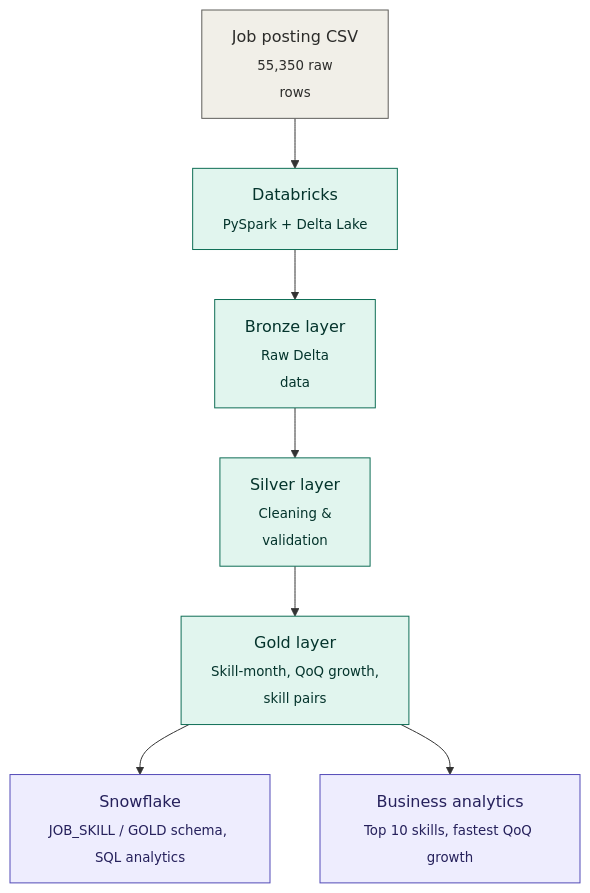
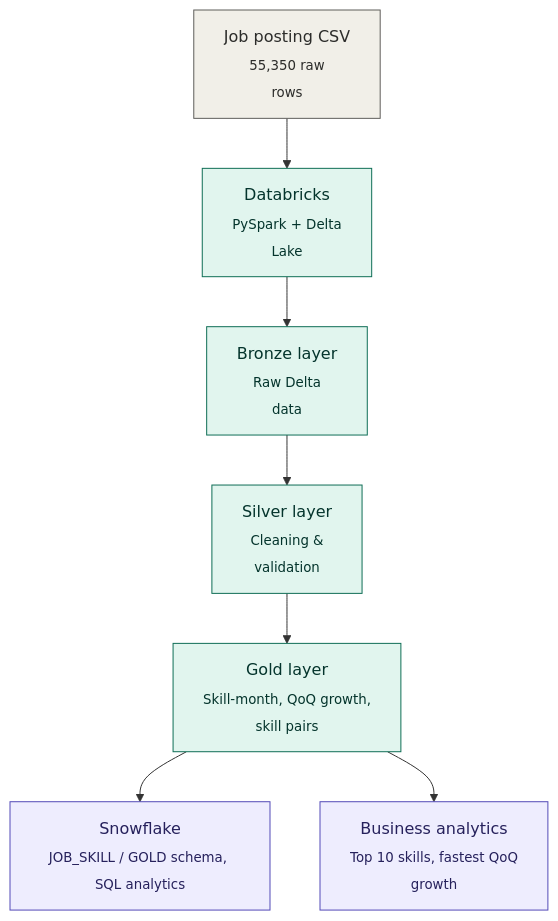
The diagram in architecture.md (AnannyaDash7/SkillDemand360), drawn with Mermaid before and after one commit.

Commit message:
architecture.md

````diff
--- a/architecture.md
+++ b/architecture.md
@@ -3,17 +3,17 @@
 ```mermaid 
 flowchart TD
-    A["Job posting CSV<br/><sub>55,350 raw <br> rows</sub>"] --> B["Databricks<br/><sub>PySpark + Delta Lake</sub>"]
+    A["Job posting CSV<br/><sub>55,350 raw <br> rows</sub>"] --> B["Databricks<br/><sub>PySpark + Delta <br>Lake</sub>"]
     B --> C["Bronze layer<br/><sub>Raw Delta <br>data</sub>"]
     C --> D["Silver layer<br/><sub>Cleaning & <br>validation</sub>"]
     D --> E["Gold layer<br/><sub>Skill-month, QoQ growth,<br> skill pairs</sub>"]
     E --> F["Snowflake<br/><sub>JOB_SKILL / GOLD schema, SQL analytics</sub>"]
-    E --> G["Business analytics<br/><sub>Top 10 skills, fastest QoQ growth</sub>"]
+    E --> G["Business analytics<br/><sub>Top 10 skills, fastest QoQ <br>growth</sub>"]
 
     classDef source fill:#F1EFE8,stroke:#5F5E5A,color:#2C2C2A;
     classDef pipeline fill:#E1F5EE,stroke:#0F6E56,color:#04342C;
     classDef output fill:#EEEDFE,stroke:#534AB7,color:#26215C;
 
     class A source;
     class B,C,D,E pipeline;
     class F,G output;
 ```
````
